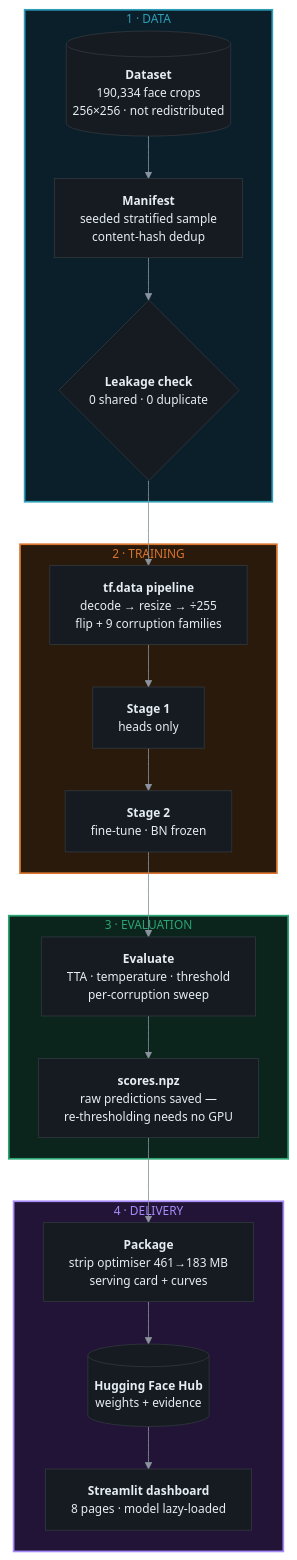
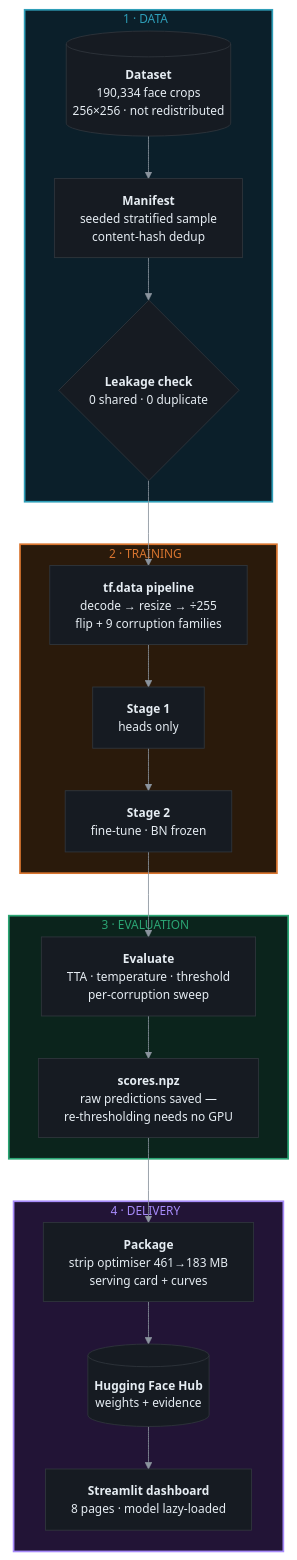
One commit to adarshcod30/OpenForensics changed the third of 3 diagrams in README.md. Above: the diagram before and after it, drawn with Mermaid. The commit also changed other lines of this file, not shown here.

First line of the commit message:
Stop the diagram section titles clipping

````diff
--- a/README.md
+++ b/README.md
@@ -215,45 +215,45 @@
 ```mermaid
 %%{init: {'theme':'base','themeVariables':{
   'background':'#0d1117','primaryColor':'#161b22','primaryTextColor':'#e6edf3',
   'primaryBorderColor':'#30363d','secondaryColor':'#161b22','tertiaryColor':'#161b22',
   'lineColor':'#8b949e','textColor':'#e6edf3','fontSize':'14px',
   'fontFamily':'ui-sans-serif,-apple-system,Segoe UI,sans-serif',
   'clusterBkg':'transparent','clusterBorder':'#30363d','edgeLabelBackground':'#21262d'
 }}}%%
 flowchart TD
-    subgraph P1["1 · DATA"]
+    subgraph P1["1 · DATA&nbsp;&nbsp;"]
         D[("<b>Dataset</b><br/>190,334 face crops<br/>256×256 · not redistributed")]
         M["<b>Manifest</b><br/>seeded stratified sample<br/>content-hash dedup"]
         L{"<b>Leakage check</b><br/>0 shared · 0 duplicate"}
         D --> M --> L
     end
 
-    subgraph P2["2 · TRAINING"]
+    subgraph P2["2 · TRAINING&nbsp;&nbsp;"]
         T["<b>tf.data pipeline</b><br/>decode → resize → ÷255<br/>flip + 9 corruption families"]
         S1["<b>Stage 1</b><br/>heads only"]
         S2["<b>Stage 2</b><br/>fine-tune · BN frozen"]
         T --> S1 --> S2
     end
 
-    subgraph P3["3 · EVALUATION"]
+    subgraph P3["3 · EVALUATION&nbsp;&nbsp;"]
         EV["<b>Evaluate</b><br/>TTA · temperature · threshold<br/>per-corruption sweep"]
         SC["<b>scores.npz</b><br/>raw predictions saved —<br/>re-thresholding needs no GPU"]
         EV --> SC
     end
 
-    subgraph P4["4 · DELIVERY"]
+    subgraph P4["4 · DELIVERY&nbsp;&nbsp;"]
         PK["<b>Package</b><br/>strip optimiser 461→183 MB<br/>serving card + curves"]
         HUB[("<b>Hugging Face Hub</b><br/>weights + evidence")]
         APP["<b>Streamlit dashboard</b><br/>8 pages · model lazy-loaded"]
         PK --> HUB --> APP
     end
 
     L --> T
     S2 --> EV
     SC --> PK
 
     style P1 fill:#0b1f2a,stroke:#2E9EB8,stroke-width:2px,color:#2E9EB8
     style P2 fill:#2a1a0b,stroke:#D9752F,stroke-width:2px,color:#D9752F
     style P3 fill:#0b241c,stroke:#2BA574,stroke-width:2px,color:#2BA574
     style P4 fill:#221436,stroke:#A78BFA,stroke-width:2px,color:#A78BFA
 ```
````
